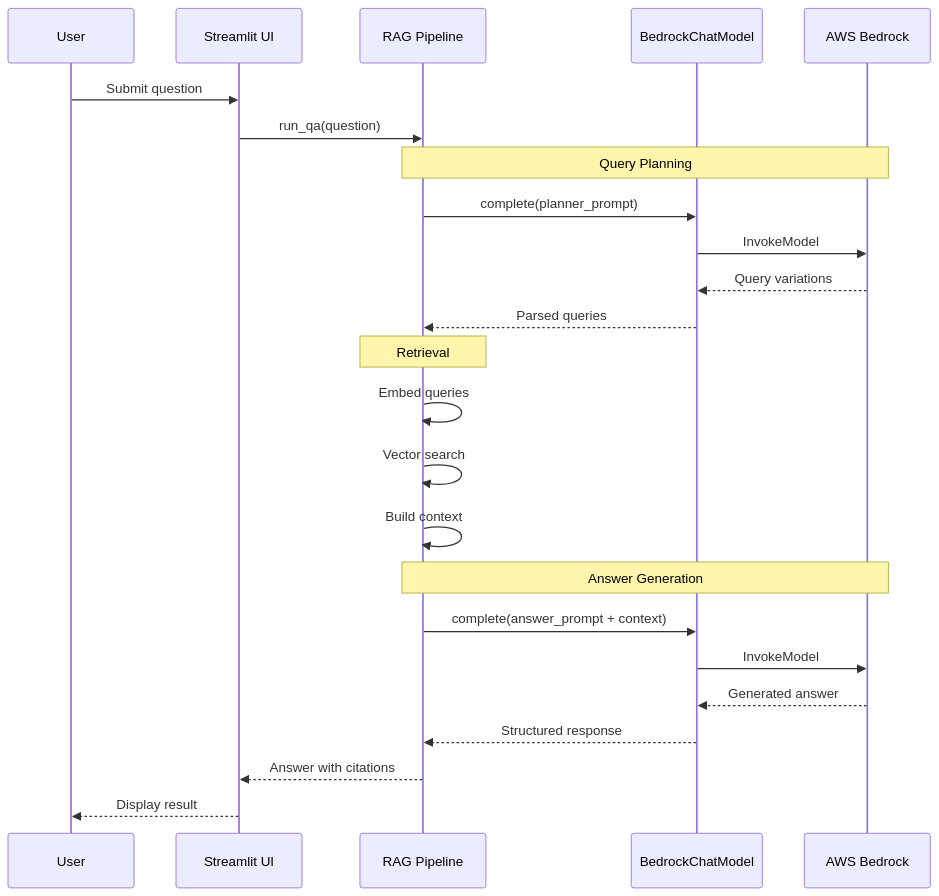
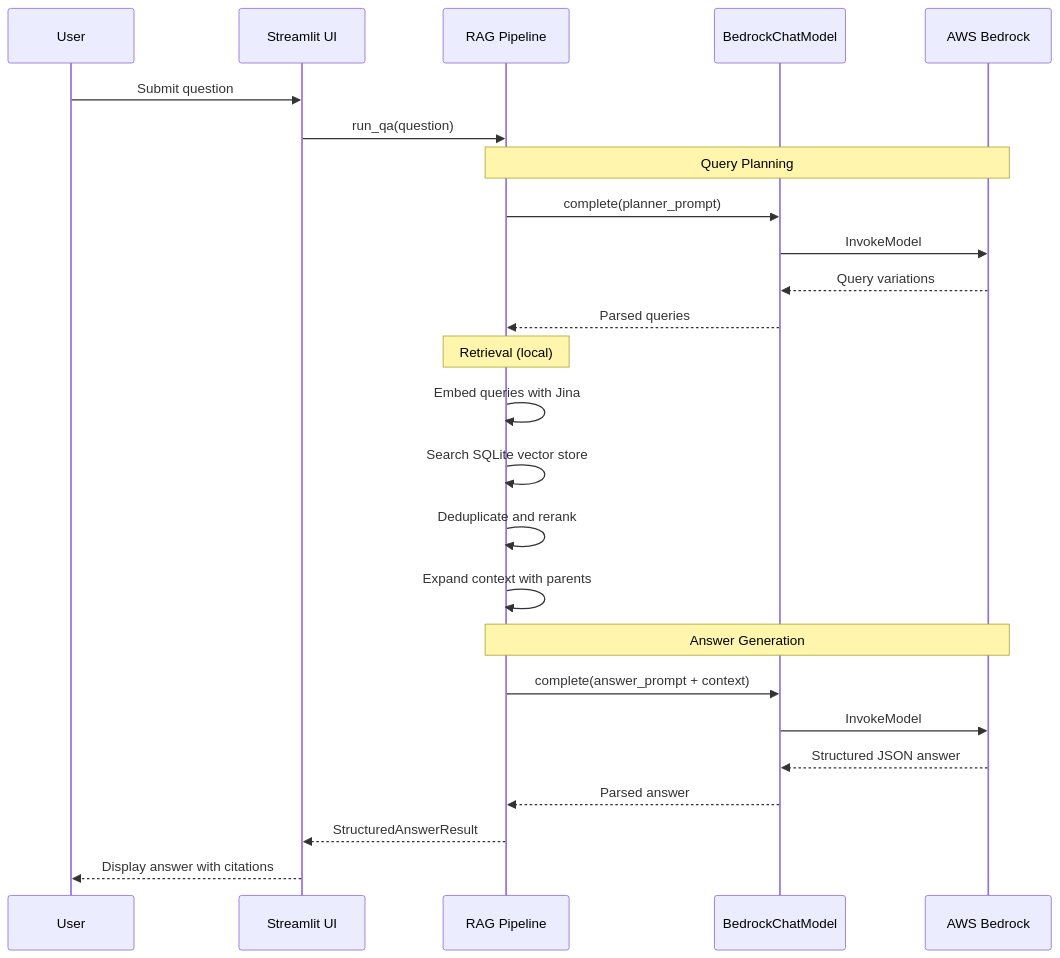
Before and after one commit to matteso1/KohakuRAG_UI: the fourth of 4 diagrams in docs/bedrock-integration-proposal.md, drawn with Mermaid. The commit also changed other lines of this file, not shown here.

````diff
--- a/docs/bedrock-integration-proposal.md
+++ b/docs/bedrock-integration-proposal.md
@@ -116,31 +164,32 @@
 ```mermaid
 sequenceDiagram
     participant U as User
     participant S as Streamlit UI
     participant P as RAG Pipeline
     participant B as BedrockChatModel
     participant A as AWS Bedrock
     
     U->>S: Submit question
     S->>P: run_qa(question)
     
     Note over P,A: Query Planning
     P->>B: complete(planner_prompt)
     B->>A: InvokeModel
     A-->>B: Query variations
     B-->>P: Parsed queries
     
-    Note over P: Retrieval
-    P->>P: Embed queries
-    P->>P: Vector search
-    P->>P: Build context
+    Note over P: Retrieval (local)
+    P->>P: Embed queries with Jina
+    P->>P: Search SQLite vector store
+    P->>P: Deduplicate and rerank
+    P->>P: Expand context with parents
     
     Note over P,A: Answer Generation
     P->>B: complete(answer_prompt + context)
     B->>A: InvokeModel
-    A-->>B: Generated answer
-    B-->>P: Structured response
+    A-->>B: Structured JSON answer
+    B-->>P: Parsed answer
     
-    P-->>S: Answer with citations
-    S-->>U: Display result
+    P-->>S: StructuredAnswerResult
+    S-->>U: Display answer with citations
 ```
````
